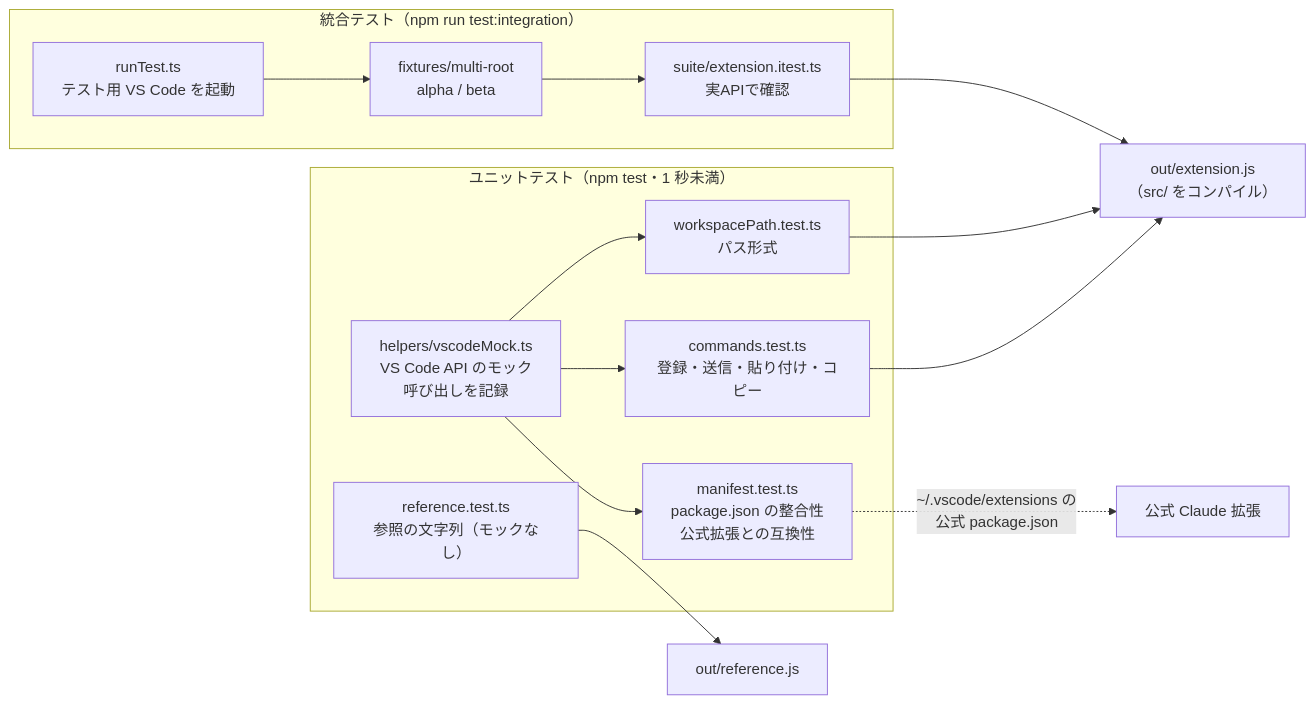
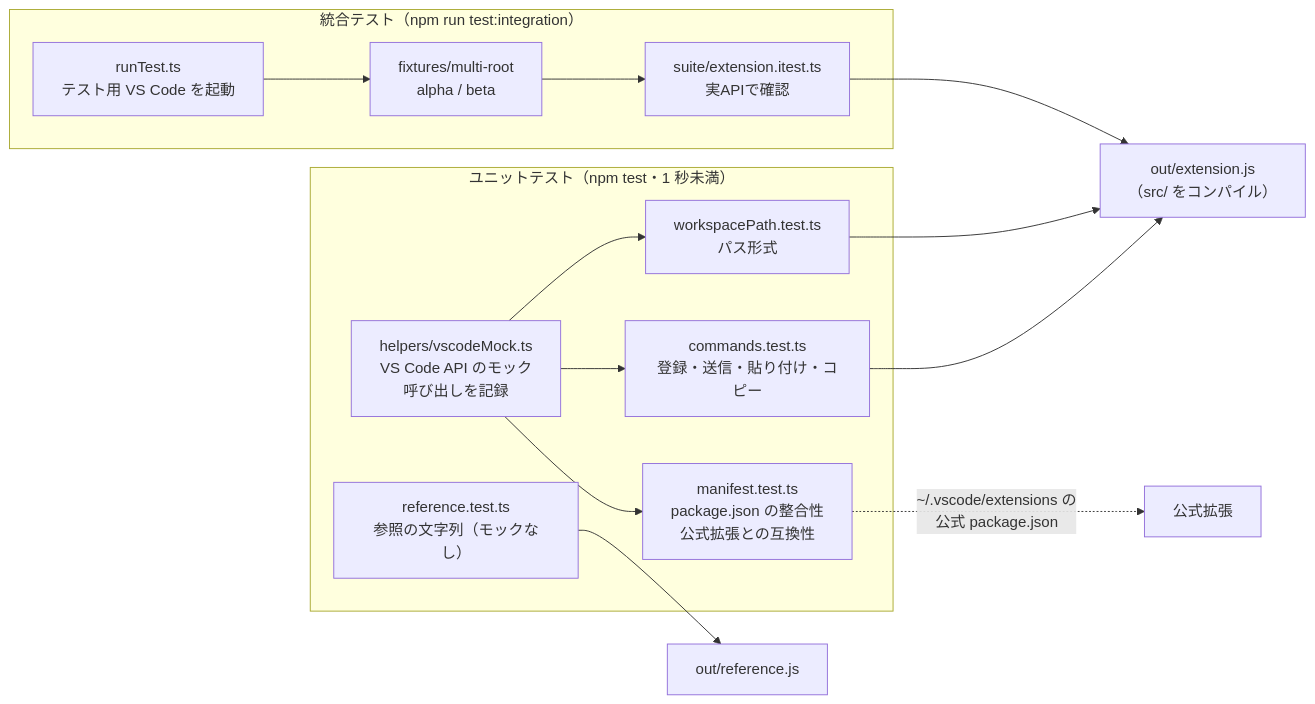
The seventh of 7 diagrams in docs/ARCHITECTURE.md (kip2/refs-to-chat), drawn with Mermaid before and after one commit. The commit also changed other lines of this file and 20 other files, not shown here.

````diff
--- a/docs/ARCHITECTURE.md
+++ b/docs/ARCHITECTURE.md
@@ -363,22 +380,22 @@
 ```mermaid
 flowchart LR
   subgraph Unit["ユニットテスト（npm test・1 秒未満）"]
     M["helpers/vscodeMock.ts<br/>VS Code API のモック<br/>呼び出しを記録"]
     U0["reference.test.ts<br/>参照の文字列（モックなし）"]
     U1["workspacePath.test.ts<br/>パス形式"]
     U2["commands.test.ts<br/>登録・送信・貼り付け・コピー"]
     U3["manifest.test.ts<br/>package.json の整合性<br/>公式拡張との互換性"]
     M --> U1 & U2 & U3
   end
   U0 --> REF["out/reference.js"]
   subgraph Int["統合テスト（npm run test:integration）"]
     R["runTest.ts<br/>テスト用 VS Code を起動"]
     W["fixtures/multi-root<br/>alpha / beta"]
     I["suite/extension.itest.ts<br/>実APIで確認"]
     R --> W --> I
   end
   EXT["out/extension.js<br/>（src/ をコンパイル）"]
   U1 & U2 --> EXT
   I --> EXT
-  U3 -.->|~/.vscode/extensions の<br/>公式 package.json| CL["公式 Claude 拡張"]
+  U3 -.->|~/.vscode/extensions の<br/>公式 package.json| CL["公式拡張"]
 ```
````
